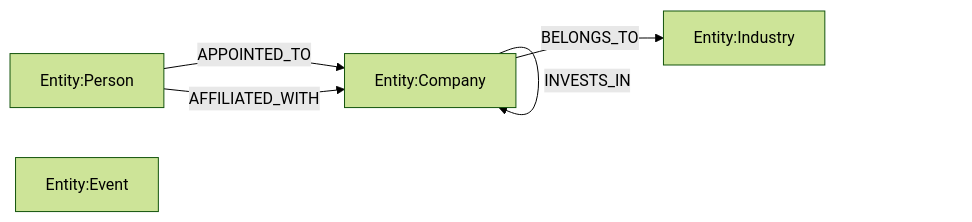
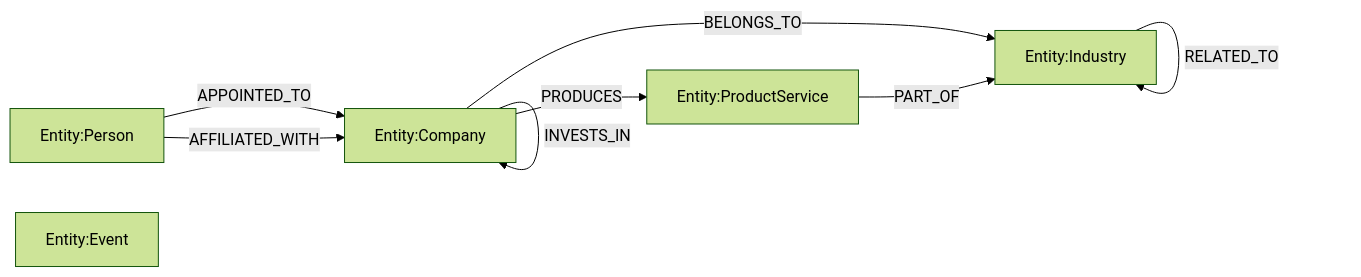
The third of 3 diagrams in docs/module-b-er-diagram.md (yhaaan/team3-cloud-capstone), drawn with Mermaid (forest theme) before and after one commit. The commit also changed other lines of this file and 14 other files, not shown here.

````diff
--- a/docs/module-b-er-diagram.md
+++ b/docs/module-b-er-diagram.md
@@ -108,13 +122,18 @@
 ```mermaid
 flowchart LR
     Company[Entity:Company]
     Person[Entity:Person]
     Event[Entity:Event]
     Industry[Entity:Industry]
+    ProductService[Entity:ProductService]
 
     Company -- ACQUIRES --> Company
     Company -- INVESTS_IN --> Company
     Person -- APPOINTED_TO --> Company
     Person -- AFFILIATED_WITH --> Company
     Company -- BELONGS_TO --> Industry
+    Company -- PRODUCES --> ProductService
+    ProductService -- PART_OF --> Industry
+    Industry -- PART_OF --> Industry
+    Industry -- RELATED_TO --> Industry
 ```
````
